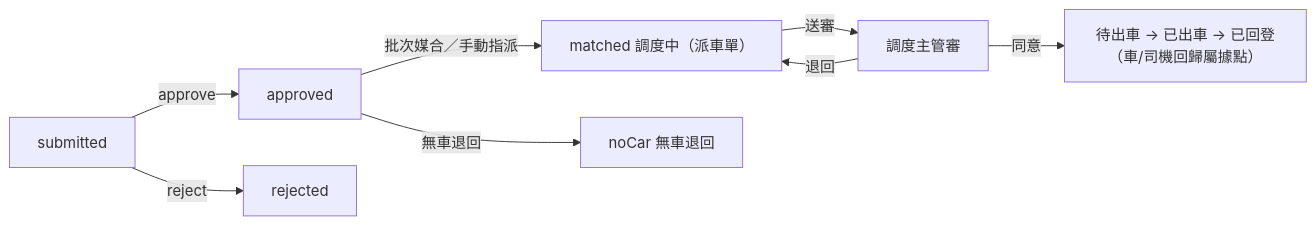
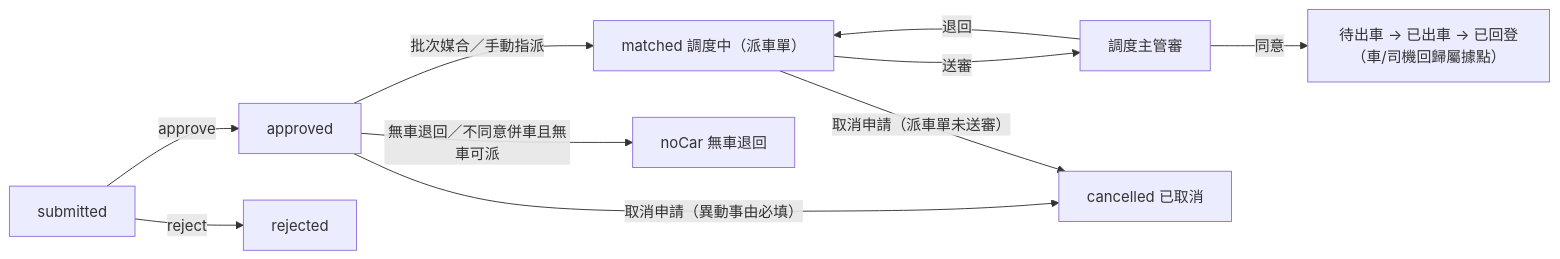
The fifth of 6 diagrams in docs/LOGIC.md (khcheng77/car-transport), drawn with Mermaid before and after one commit. The commit also changed other lines of this file and 1 other file, not shown here.

````diff
--- a/docs/LOGIC.md
+++ b/docs/LOGIC.md
@@ -377,10 +394,12 @@
 ```mermaid
 flowchart LR
   c1["submitted"] -->|approve| c2["approved"]
   c1 -->|reject| cr["rejected"]
   c2 -->|批次媒合／手動指派| c3["matched 調度中（派車單）"]
-  c2 -->|無車退回| cn["noCar 無車退回"]
+  c2 -->|無車退回／不同意併車且無車可派| cn["noCar 無車退回"]
   c3 -->|送審| c4["調度主管審"]
+  c2 -->|取消申請（異動事由必填）| cx["cancelled 已取消"]
+  c3 -->|取消申請（派車單未送審）| cx
   c4 -->|同意| c5["待出車 → 已出車 → 已回登（車/司機回歸屬據點）"]
   c4 -->|退回| c3
 ```
````
